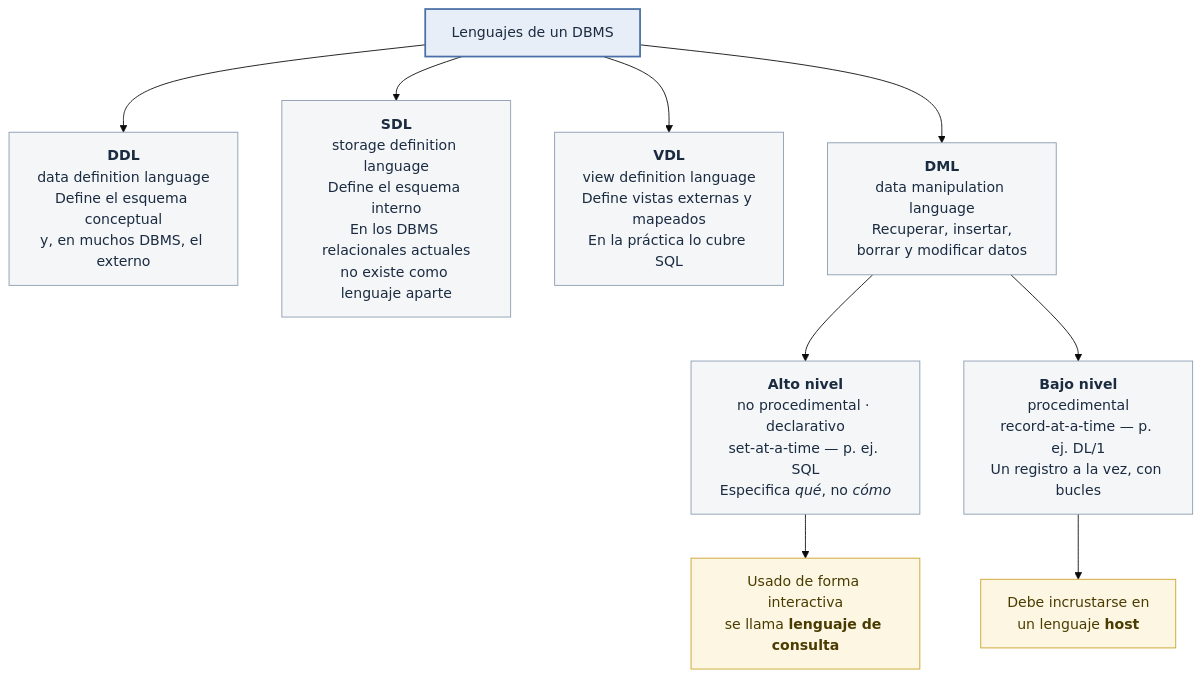
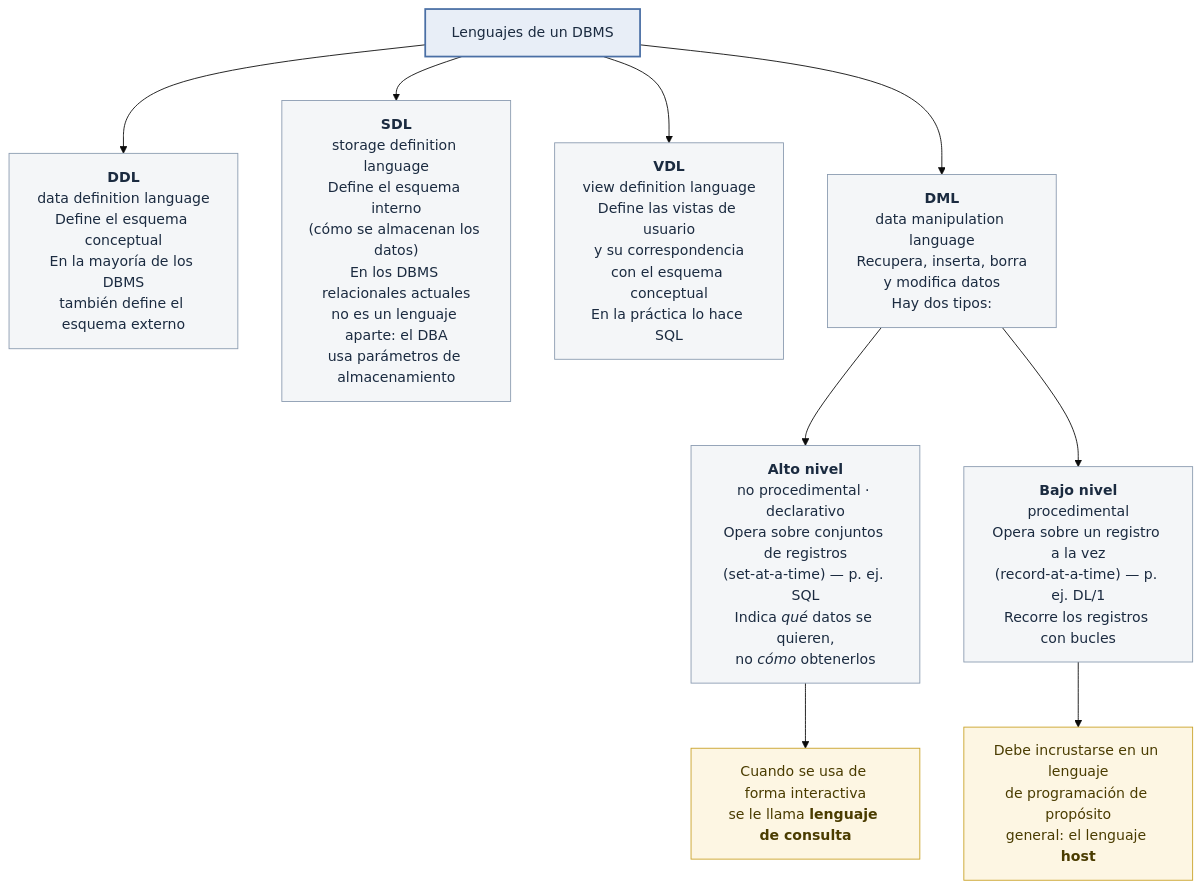
One commit to ISCODIGO/iscodigo.github.io changed the third of 5 diagrams in isc-321/unidad-1/conceptos-arquitectura.md. Above: the diagram before and after it, drawn with Mermaid (base theme). The commit also changed other lines of this file, not shown here.

First line of the commit message:
docs(isc-321): add three-schema architecture section and refine DBMS language notes

````diff
--- a/isc-321/unidad-1/conceptos-arquitectura.md
+++ b/isc-321/unidad-1/conceptos-arquitectura.md
@@ -42,22 +81,22 @@
 ```mermaid
 flowchart TD
     L["Lenguajes de un DBMS"]
 
-    L --> DDL["<b>DDL</b><br/>data definition language<br/>Define el esquema conceptual<br/>y, en muchos DBMS, el externo"]
-    L --> SDL["<b>SDL</b><br/>storage definition language<br/>Define el esquema interno<br/>En los DBMS relacionales actuales<br/>no existe como lenguaje aparte"]
-    L --> VDL["<b>VDL</b><br/>view definition language<br/>Define vistas externas y mapeados<br/>En la práctica lo cubre SQL"]
-    L --> DML["<b>DML</b><br/>data manipulation language<br/>Recuperar, insertar,<br/>borrar y modificar datos"]
+    L --> DDL["<b>DDL</b><br/>data definition language<br/>Define el esquema conceptual<br/>En la mayoría de los DBMS<br/>también define el esquema externo"]
+    L --> SDL["<b>SDL</b><br/>storage definition language<br/>Define el esquema interno<br/>(cómo se almacenan los datos)<br/>En los DBMS relacionales actuales<br/>no es un lenguaje aparte: el DBA<br/>usa parámetros de almacenamiento"]
+    L --> VDL["<b>VDL</b><br/>view definition language<br/>Define las vistas de usuario<br/>y su correspondencia<br/>con el esquema conceptual<br/>En la práctica lo hace SQL"]
+    L --> DML["<b>DML</b><br/>data manipulation language<br/>Recupera, inserta, borra<br/>y modifica datos<br/>Hay dos tipos:"]
 
-    DML --> ALTO["<b>Alto nivel</b><br/>no procedimental · declarativo<br/>set-at-a-time — p. ej. SQL<br/>Especifica <i>qué</i>, no <i>cómo</i>"]
-    DML --> BAJO["<b>Bajo nivel</b><br/>procedimental<br/>record-at-a-time — p. ej. DL/1<br/>Un registro a la vez, con bucles"]
+    DML --> ALTO["<b>Alto nivel</b><br/>no procedimental · declarativo<br/>Opera sobre conjuntos de registros<br/>(set-at-a-time) — p. ej. SQL<br/>Indica <i>qué</i> datos se quieren,<br/>no <i>cómo</i> obtenerlos"]
+    DML --> BAJO["<b>Bajo nivel</b><br/>procedimental<br/>Opera sobre un registro a la vez<br/>(record-at-a-time) — p. ej. DL/1<br/>Recorre los registros con bucles"]
 
-    ALTO --> QUERY["Usado de forma interactiva<br/>se llama <b>lenguaje de consulta</b>"]
-    BAJO --> HOST["Debe incrustarse en<br/>un lenguaje <b>host</b>"]
+    ALTO --> QUERY["Cuando se usa de forma interactiva<br/>se le llama <b>lenguaje de consulta</b>"]
+    BAJO --> HOST["Debe incrustarse en un lenguaje<br/>de programación de propósito<br/>general: el lenguaje <b>host</b>"]
 
     classDef raiz fill:#e8eef7,stroke:#4a6fa5,stroke-width:2px,color:#1b2b40
     classDef leng fill:#f4f6f8,stroke:#8a9bb0,color:#1b2b40
     classDef nota fill:#fdf6e3,stroke:#c9a227,color:#4a3c00
     class L raiz
     class DDL,SDL,VDL,DML,ALTO,BAJO leng
     class QUERY,HOST nota
 ```
````
